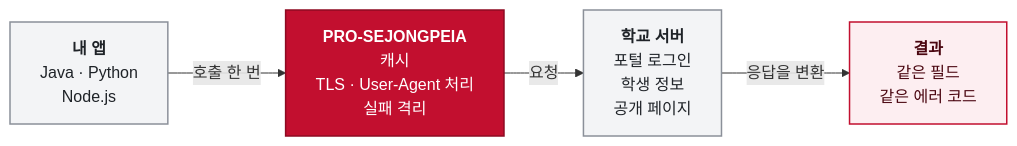
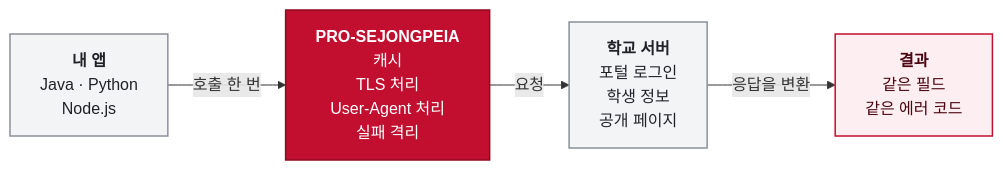
Before and after one commit to Cassiiopeia/pro-sejong-auth: the first of 2 diagrams in README.md, drawn with Mermaid. The commit also changed other lines of this file and 11 other files, not shown here.

Commit message:
README와 사이트를 읽기 편하게 정돈하고 플로우차트를 추가 : docs : 차트 글자 크기와 좁은 화면 배치, 표 최소 폭, 안내 상자 색, FAQ·개설강좌 한눈 요약을 다듬기 https://github.com/Cassiiopeia/pro-sejongpeia/issues/148

````diff
--- a/README.md
+++ b/README.md
@@ -48,15 +48,15 @@
 ```mermaid
 flowchart LR
   app["<b>내 앱</b><br/>Java · Python<br/>Node.js"]:::neutral
-  lib["<b>PRO-SEJONGPEIA</b><br/>캐시<br/>TLS · User-Agent 처리<br/>실패 격리"]:::accent
+  lib["<b>PRO#8209;SEJONGPEIA</b><br/>캐시<br/>TLS 처리<br/>User-Agent 처리<br/>실패 격리"]:::accent
   school["<b>학교 서버</b><br/>포털 로그인<br/>학생 정보<br/>공개 페이지"]:::neutral
   result["<b>결과</b><br/>같은 필드<br/>같은 에러 코드"]:::soft
   app -->|"호출 한 번"| lib
   lib -->|"요청"| school
   school -->|"응답을 변환"| result
 
   classDef neutral fill:#F3F4F6,stroke:#8B9099,stroke-width:1.5px,color:#1F2328
   classDef accent fill:#C20F2F,stroke:#8E0A22,stroke-width:1.5px,color:#FFFFFF
   classDef soft fill:#FDEEF1,stroke:#C20F2F,stroke-width:1.5px,color:#4A0610
   classDef muted fill:#FFFFFF,stroke:#8B9099,stroke-width:1.5px,stroke-dasharray:5 4,color:#1F2328
 ```
````
